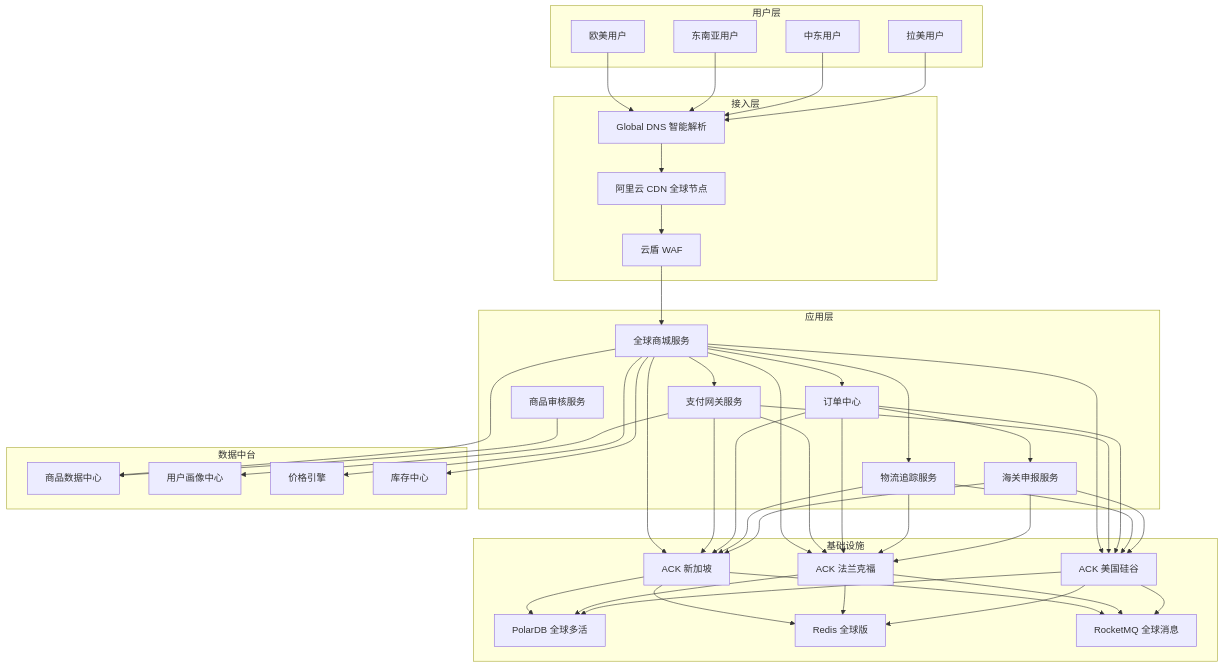
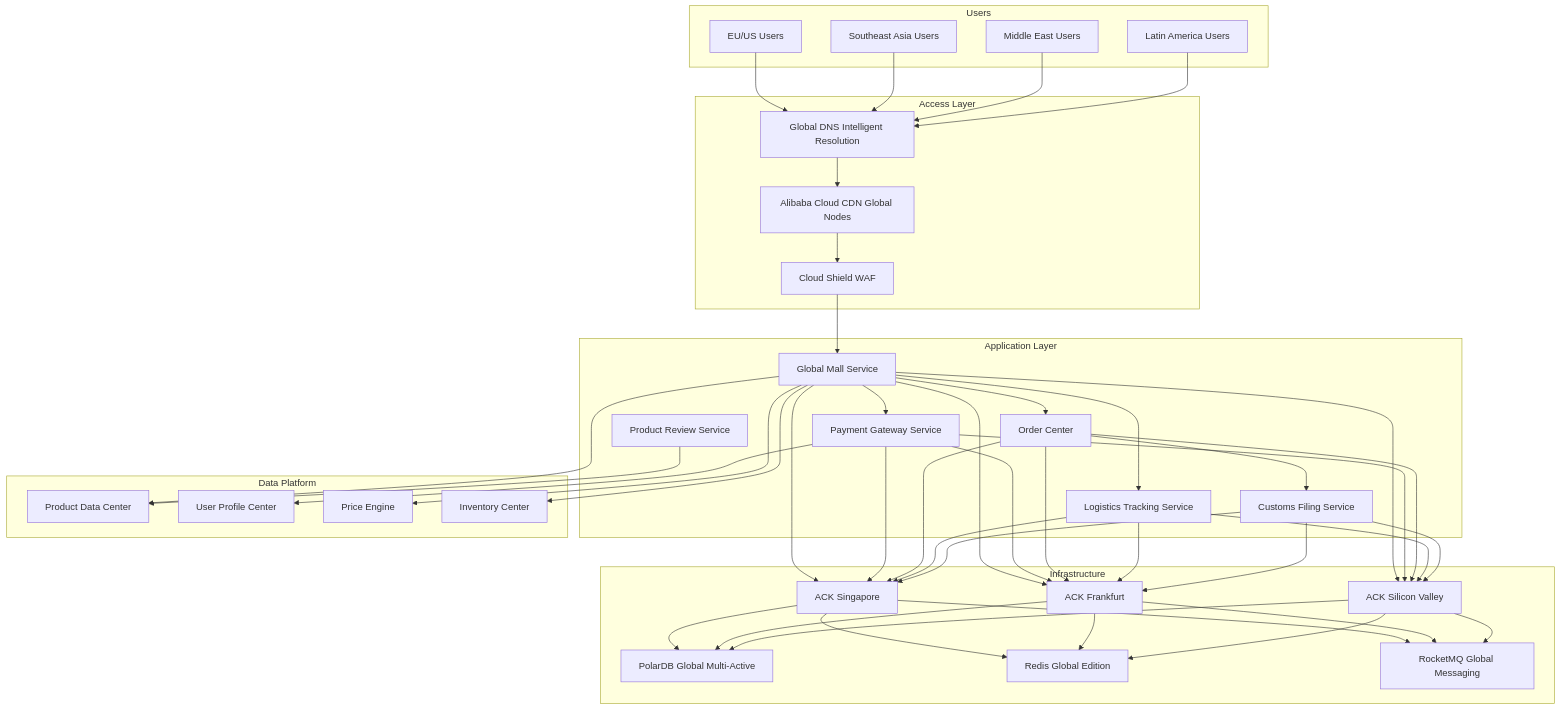
The first of 6 diagrams in tree/application/architecture/cross-border-ecommerce.md (teaglebuilt/knowledge-tree), drawn with Mermaid before and after one commit. The commit also changed other lines of this file and 16 other files, not shown here.

````diff
--- a/tree/application/architecture/cross-border-ecommerce.md
+++ b/tree/application/architecture/cross-border-ecommerce.md
@@ -155,55 +116,55 @@
 ```mermaid
 graph TB
-    subgraph 用户层
-        U1[欧美用户]
-        U2[东南亚用户]
-        U3[中东用户]
-        U4[拉美用户]
+    subgraph Users
+        U1[EU/US Users]
+        U2[Southeast Asia Users]
+        U3[Middle East Users]
+        U4[Latin America Users]
     end
 
-    subgraph 接入层
-        CDN1[阿里云 CDN 全球节点]
-        WAF1[云盾 WAF]
-        DNS1[Global DNS 智能解析]
+    subgraph Access Layer
+        CDN1[Alibaba Cloud CDN Global Nodes]
+        WAF1[Cloud Shield WAF]
+        DNS1[Global DNS Intelligent Resolution]
     end
 
-    subgraph 应用层
-        APP1[全球商城服务]
-        APP2[支付网关服务]
-        APP3[订单中心]
-        APP4[物流追踪服务]
-        APP5[海关申报服务]
-        APP6[商品审核服务]
+    subgraph Application Layer
+        APP1[Global Mall Service]
+        APP2[Payment Gateway Service]
+        APP3[Order Center]
+        APP4[Logistics Tracking Service]
+        APP5[Customs Filing Service]
+        APP6[Product Review Service]
     end
 
-    subgraph 数据中台
-        DT1[商品数据中心]
-        DT2[用户画像中心]
-        DT3[价格引擎]
-        DT4[库存中心]
+    subgraph Data Platform
+        DT1[Product Data Center]
+        DT2[User Profile Center]
+        DT3[Price Engine]
+        DT4[Inventory Center]
     end
 
-    subgraph 基础设施
-        K8S1[ACK 新加坡]
-        K8S2[ACK 法兰克福]
-        K8S3[ACK 美国硅谷]
-        DB1[PolarDB 全球多活]
-        DB2[Redis 全球版]
-        MQ1[RocketMQ 全球消息]
+    subgraph Infrastructure
+        K8S1[ACK Singapore]
+        K8S2[ACK Frankfurt]
+        K8S3[ACK Silicon Valley]
+        DB1[PolarDB Global Multi-Active]
+        DB2[Redis Global Edition]
+        MQ1[RocketMQ Global Messaging]
     end
 
     U1 --> DNS1
     U2 --> DNS1
     U3 --> DNS1
     U4 --> DNS1
     DNS1 --> CDN1
     CDN1 --> WAF1
     WAF1 --> APP1
     APP1 --> APP2 & APP3 & APP4
     APP3 --> APP5
     APP1 --> DT1 & DT3 & DT4
     APP2 --> DT2
     APP6 --> DT1
     APP1 & APP2 & APP3 & APP4 & APP5 --> K8S1 & K8S2 & K8S3
     K8S1 & K8S2 & K8S3 --> DB1 & DB2 & MQ1
 ```
````
